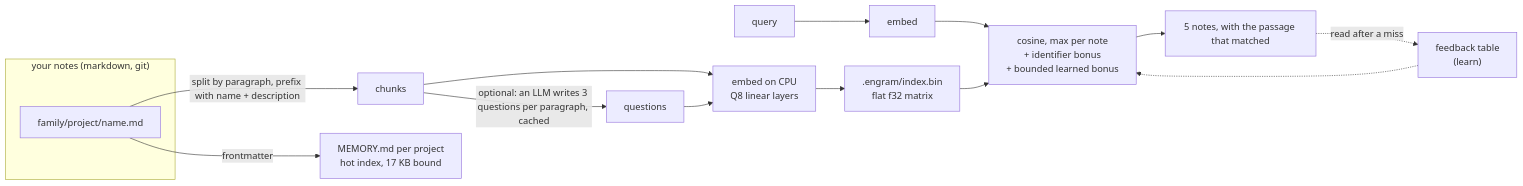
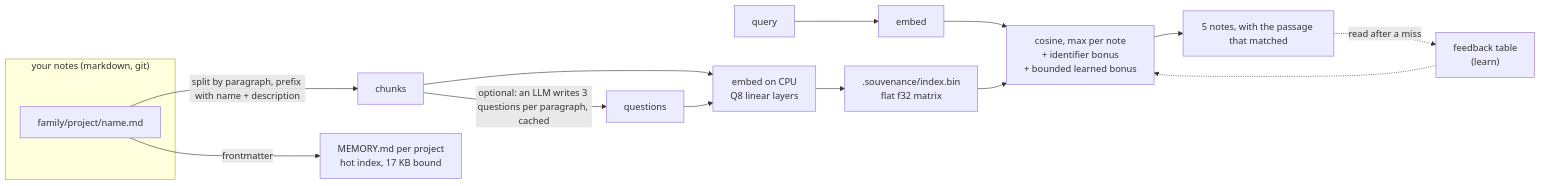
The diagram in README.md (codexofc/engrams), drawn with Mermaid before and after one commit. The commit also changed other lines of this file and 89 other files, not shown here.

````diff
--- a/README.md
+++ b/README.md
@@ -358,17 +358,17 @@
 ```mermaid
 flowchart LR
   subgraph notes["your notes (markdown, git)"]
     N["family/project/name.md"]
   end
   N -->|split by paragraph, prefix with name + description| C[chunks]
   C -->|optional: an LLM writes 3 questions per paragraph, cached| Q[questions]
   C --> E["embed on CPU\nQ8 linear layers"]
   Q --> E
-  E --> I[".engram/index.bin\nflat f32 matrix"]
+  E --> I[".souvenance/index.bin\nflat f32 matrix"]
   N -->|frontmatter| H["MEMORY.md per project\nhot index, 17 KB bound"]
   U[query] --> E2[embed] --> R["cosine, max per note\n+ identifier bonus\n+ bounded learned bonus"]
   I --> R
   R --> O["5 notes, with the passage that matched"]
   O -.->|read after a miss| L["feedback table\n(learn)"]
   L -.-> R
 ```
````
